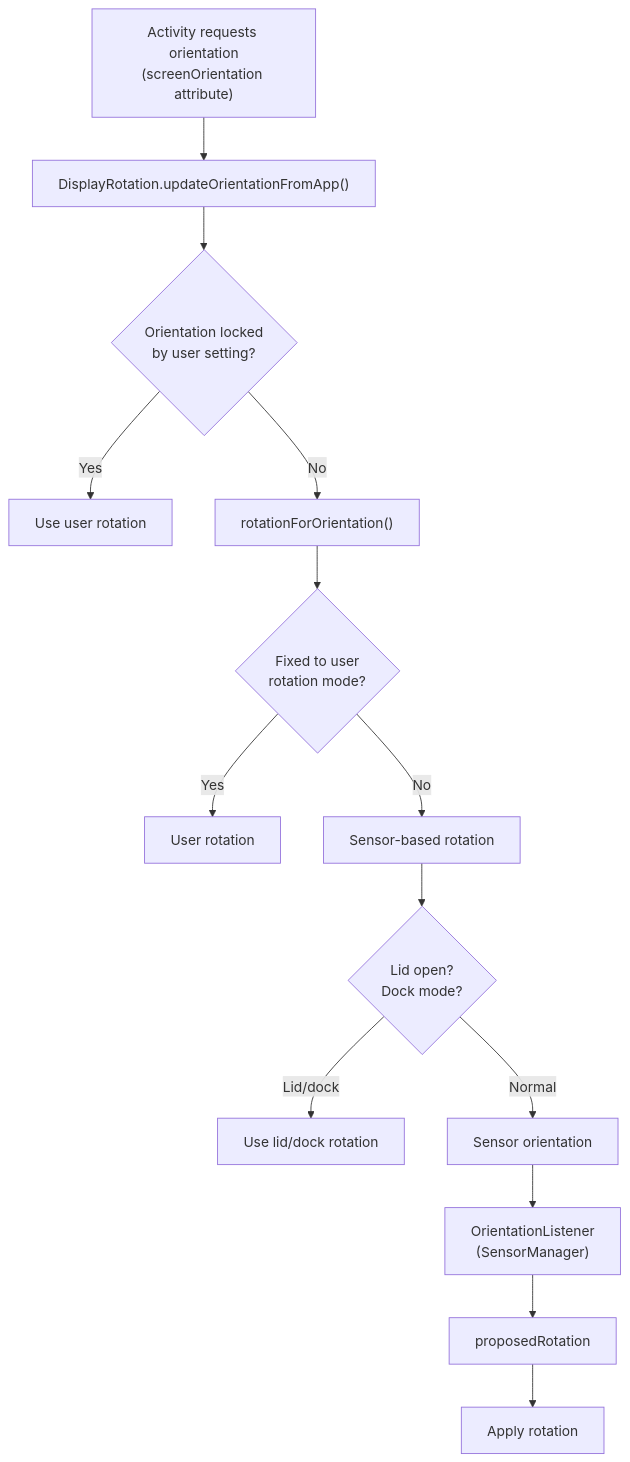
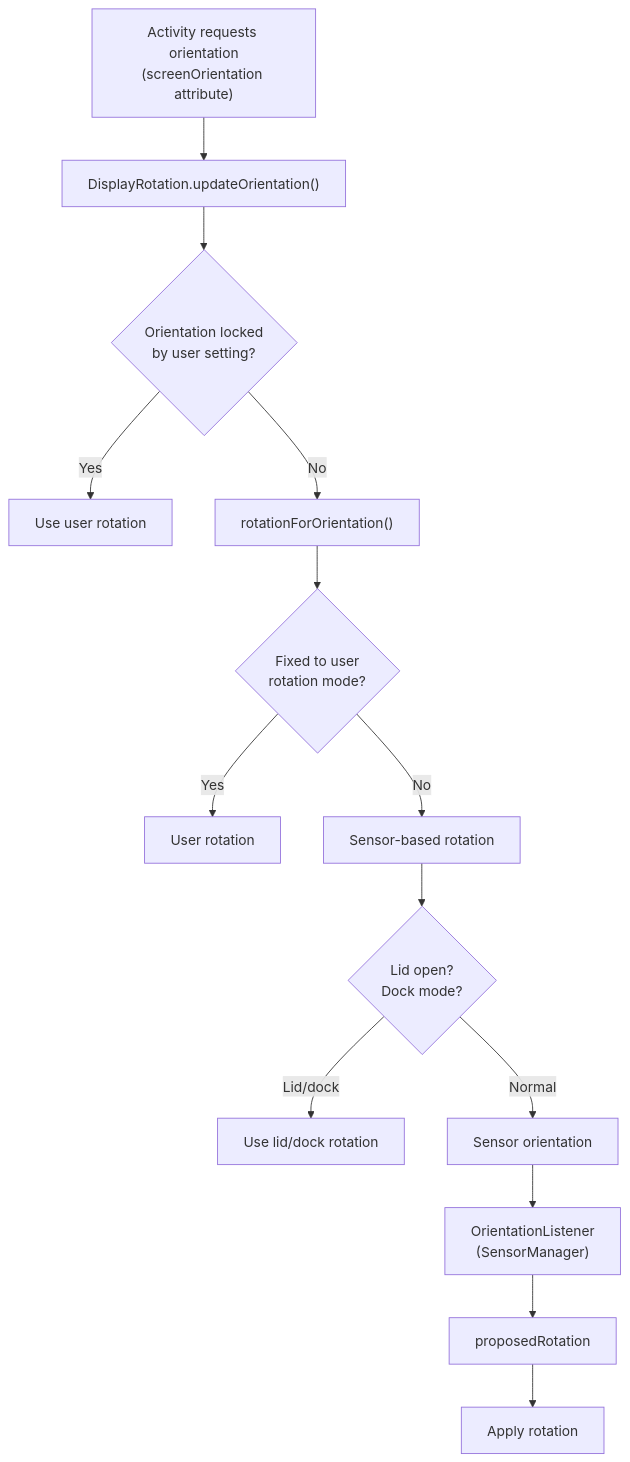
Before and after one commit to aospbooks/aosp-internal-book: diagram 13 of 43 in agents/claude/skills/aosp-framework-core/24-display-system.md, drawn with Mermaid. The commit also changed other lines of this file and 218 other files, not shown here.

````diff
--- a/agents/claude/skills/aosp-framework-core/24-display-system.md
+++ b/agents/claude/skills/aosp-framework-core/24-display-system.md
@@ -1124,16 +1134,16 @@
 ```mermaid
 flowchart TD
-    A["Activity requests orientation<br/>(screenOrientation attribute)"] --> B["DisplayRotation.updateOrientationFromApp()"]
+    A["Activity requests orientation<br/>(screenOrientation attribute)"] --> B["DisplayRotation.updateOrientation()"]
     B --> C{"Orientation locked<br/>by user setting?"}
     C -->|Yes| D["Use user rotation"]
     C -->|No| E["rotationForOrientation()"]
     E --> F{"Fixed to user<br/>rotation mode?"}
     F -->|Yes| G["User rotation"]
     F -->|No| H["Sensor-based rotation"]
     H --> I{"Lid open?<br/>Dock mode?"}
     I -->|Lid/dock| J["Use lid/dock rotation"]
     I -->|Normal| K["Sensor orientation"]
     K --> L["OrientationListener<br/>(SensorManager)"]
     L --> M["proposedRotation"]
     M --> N["Apply rotation"]
 ```
````
